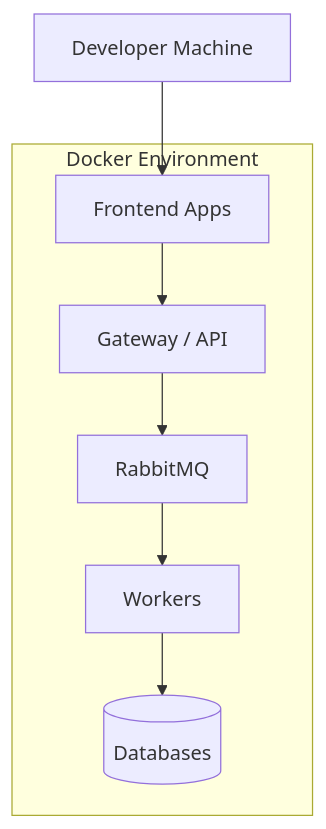
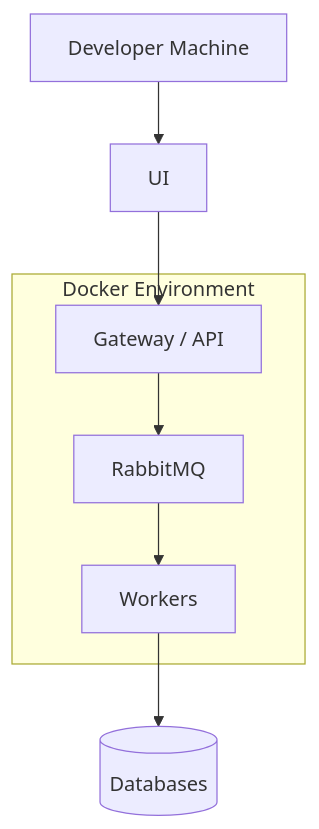
The first of 2 diagrams in README.md (BudgetFlix/infra), drawn with Mermaid before and after one commit. The commit also changed other lines of this file, not shown here.

`````diff
--- a/README.md
+++ b/README.md
@@ -69,19 +69,18 @@
 ```mermaid
 flowchart TD
 
     DEV[Developer Machine]
 
     subgraph Docker Environment
         MQ[RabbitMQ]
         API[Gateway / API]
         WORKER[Workers]
-        UI[Frontend Apps]
+    end
         DB[(Databases)]
-    end
 
     DEV --> UI
     UI --> API
     API --> MQ
     MQ --> WORKER
     WORKER --> DB
 ````
`````
